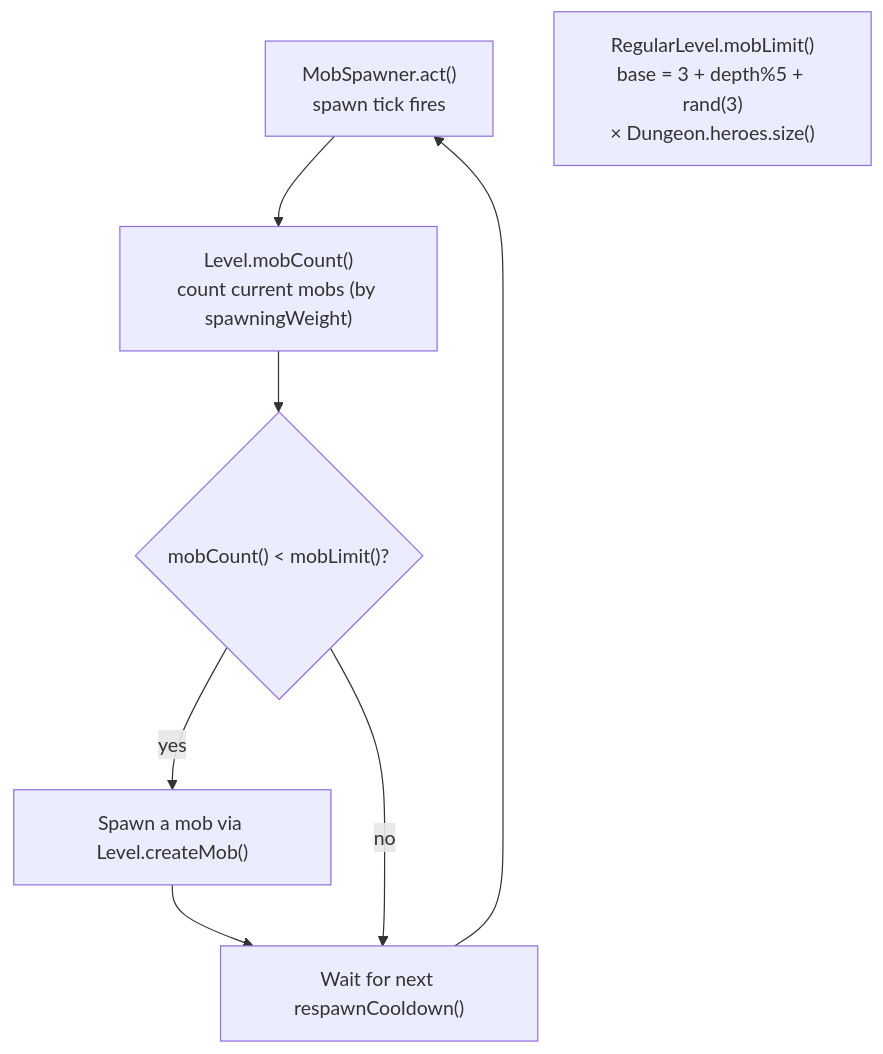
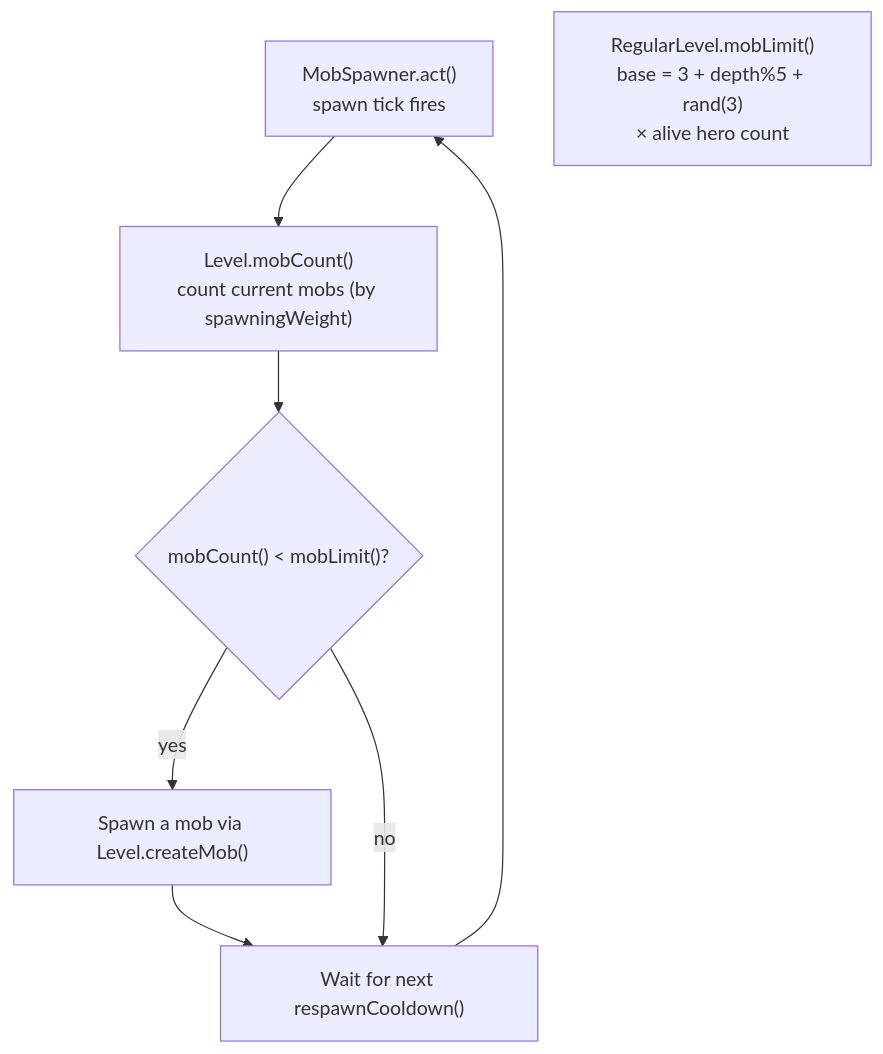
The diagram in docs/docs/mob-spawning.md (lewibs/shattered-pixel-dungeon-multiplayer), drawn with Mermaid before and after one commit. The commit also changed other lines of this file and 14 other files, not shown here.

First line of the commit message:
fix(multiplayer): keep dead heroes in Dungeon.heroes for rankings accuracy

````diff
--- a/docs/docs/mob-spawning.md
+++ b/docs/docs/mob-spawning.md
@@ -13,13 +13,13 @@
 ```mermaid
 flowchart TD
   Spawner["MobSpawner.act()\nspawn tick fires"]
   Count["Level.mobCount()\ncount current mobs (by spawningWeight)"]
-  Limit["RegularLevel.mobLimit()\nbase = 3 + depth%5 + rand(3)\n× Dungeon.heroes.size()"]
+  Limit["RegularLevel.mobLimit()\nbase = 3 + depth%5 + rand(3)\n× alive hero count"]
   Check{"mobCount() < mobLimit()?"}
   Spawn["Spawn a mob via Level.createMob()"]
   Wait["Wait for next respawnCooldown()"]
 
   Spawner --> Count --> Check
   Check -->|"yes"| Spawn --> Wait --> Spawner
   Check -->|"no"| Wait
 ```
````
